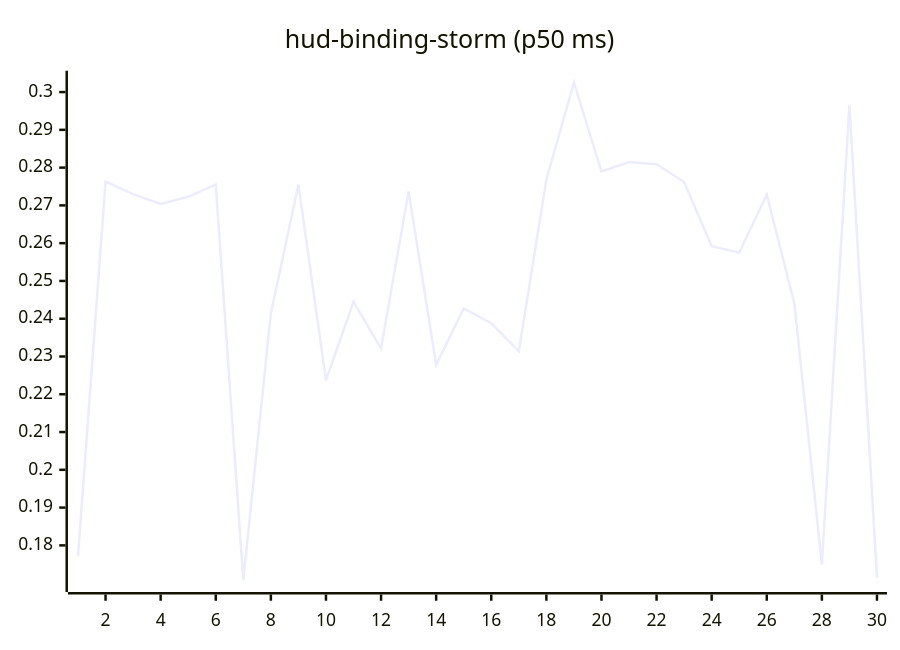
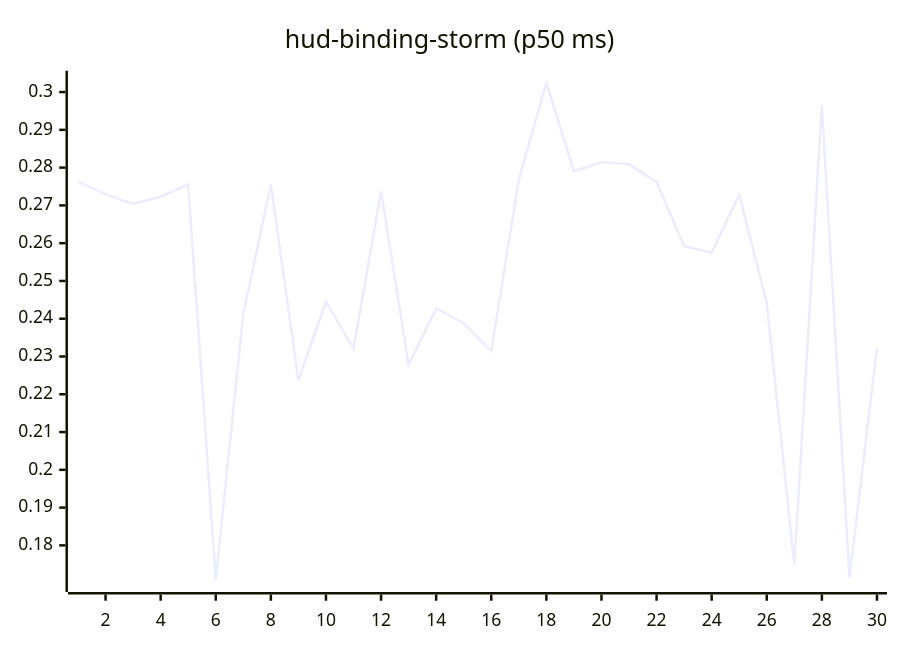
One commit to josha/Facet changed the tenth of 27 diagrams in README.md. Above: the diagram before and after it, drawn with Mermaid. The commit also changed other lines of this file and 2 other files, not shown here.

````diff
--- a/README.md
+++ b/README.md
@@ -126,6 +126,6 @@
 ```mermaid
 xychart-beta
     title "hud-binding-storm (p50 ms)"
     x-axis 1 --> 30
-    line [0.1772, 0.2763, 0.2730, 0.2704, 0.2723, 0.2755, 0.1708, 0.2414, 0.2755, 0.2237, 0.2445, 0.2321, 0.2737, 0.2278, 0.2427, 0.2388, 0.2314, 0.2768, 0.3025, 0.2790, 0.2815, 0.2809, 0.2762, 0.2592, 0.2575, 0.2728, 0.2441, 0.1749, 0.2965, 0.1714]
+    line [0.2763, 0.2730, 0.2704, 0.2723, 0.2755, 0.1708, 0.2414, 0.2755, 0.2237, 0.2445, 0.2321, 0.2737, 0.2278, 0.2427, 0.2388, 0.2314, 0.2768, 0.3025, 0.2790, 0.2815, 0.2809, 0.2762, 0.2592, 0.2575, 0.2728, 0.2441, 0.1749, 0.2965, 0.1714, 0.2323]
 ```
````
